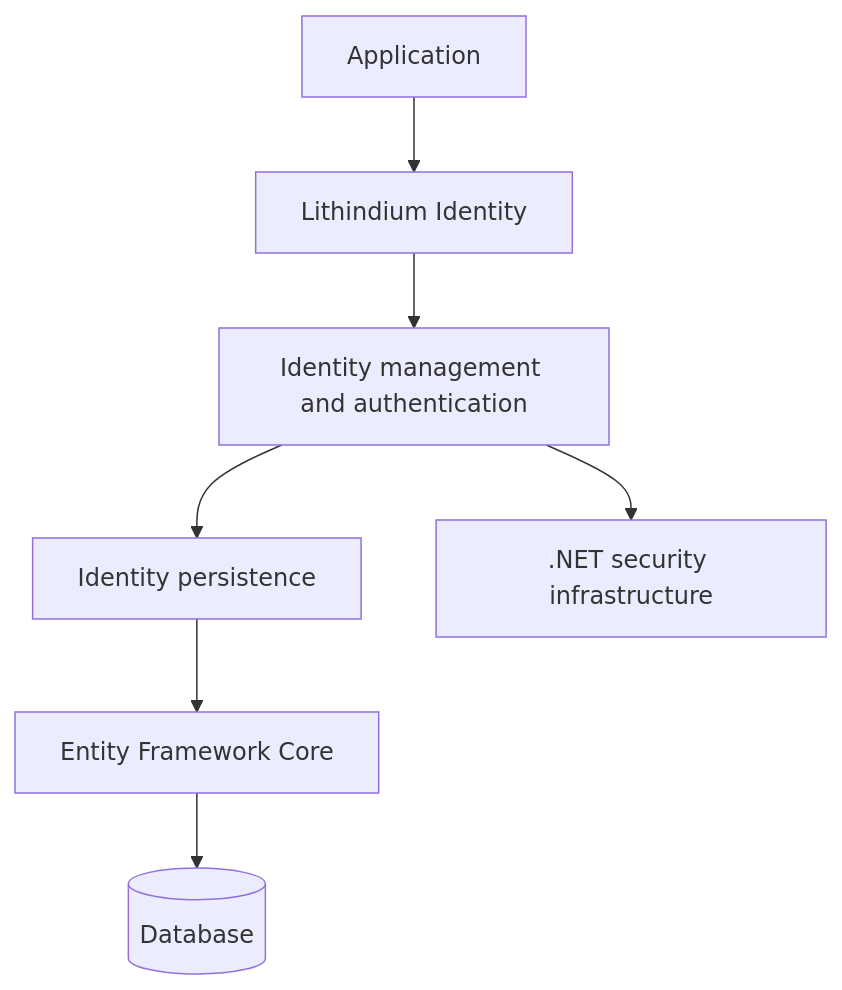
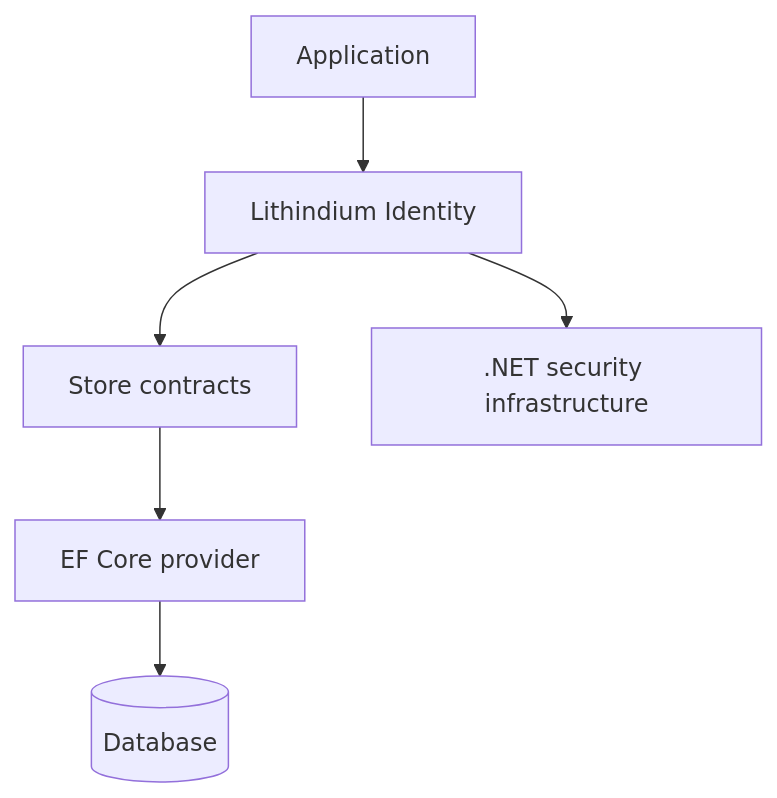
The diagram in README.md (visualfiredev/lithindium-identity), drawn with Mermaid before and after one commit. The commit also changed other lines of this file and 27 other files, not shown here.

````diff
--- a/README.md
+++ b/README.md
@@ -54,9 +49,8 @@
 ```mermaid
 flowchart TD
     A[Application] --> B[Lithindium Identity]
-    B --> C[Identity management and authentication]
-    C --> D[Identity persistence]
-    D --> E[Entity Framework Core]
-    E --> F[(Database)]
-    C --> G[.NET security infrastructure]
+    B --> C[Store contracts]
+    C --> D[EF Core provider]
+    D --> E[(Database)]
+    B --> F[.NET security infrastructure]
 ```
````
